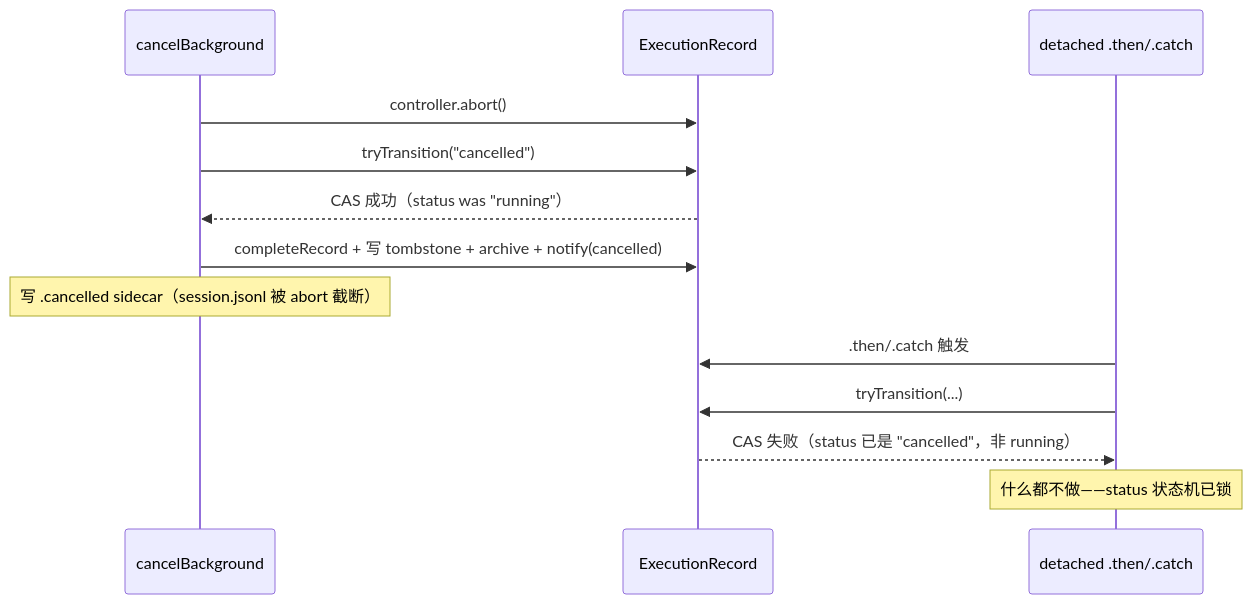
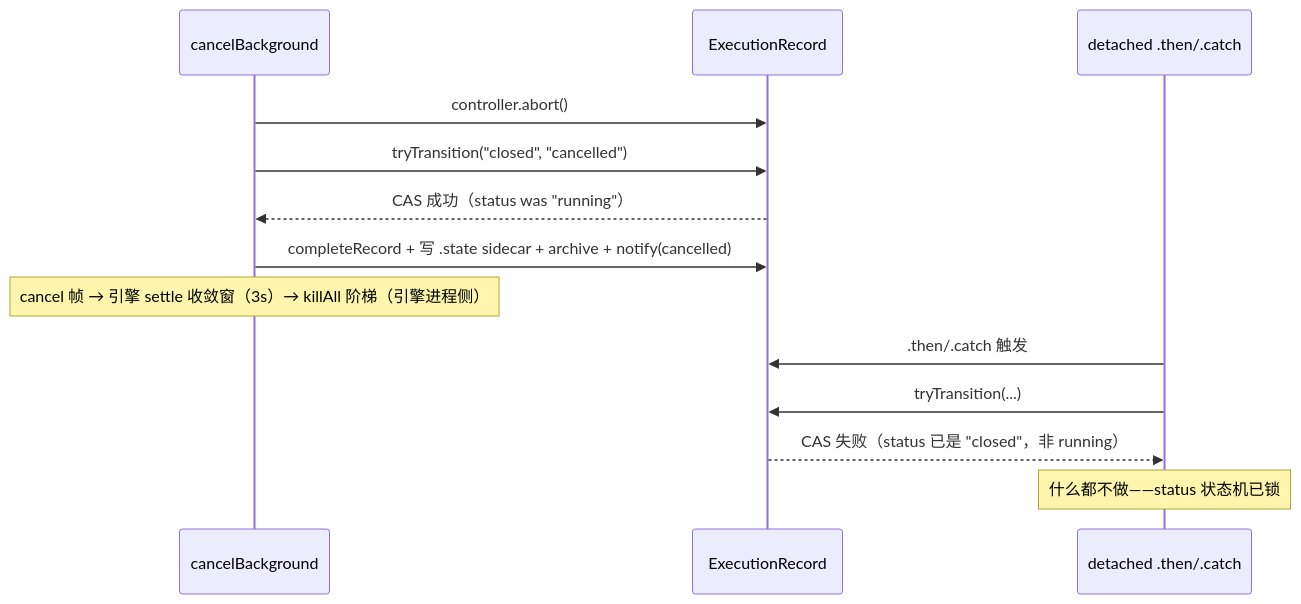
Before and after one commit to zhushanwen321/xyz-agent: the third of 3 diagrams in docs/extensions/subagents/execution-flow.md, drawn with Mermaid. The commit also changed other lines of this file and 18 other files, not shown here.

````diff
--- a/docs/extensions/subagents/execution-flow.md
+++ b/docs/extensions/subagents/execution-flow.md
@@ -112,17 +110,17 @@
 ```mermaid
 sequenceDiagram
     participant Cancel as cancelBackground
     participant Record as ExecutionRecord
     participant Then as detached .then/.catch
 
     Cancel->>Record: controller.abort()
-    Cancel->>Record: tryTransition("cancelled")
+    Cancel->>Record: tryTransition("closed", "cancelled")
     Record-->>Cancel: CAS 成功（status was "running"）
-    Cancel->>Record: completeRecord + 写 tombstone + archive + notify(cancelled)
-    Note over Cancel: 写 .cancelled sidecar（session.jsonl 被 abort 截断）
+    Cancel->>Record: completeRecord + 写 .state sidecar + archive + notify(cancelled)
+    Note over Cancel: cancel 帧 → 引擎 settle 收敛窗（3s）→ killAll 阶梯（引擎进程侧）
 
     Then->>Record: .then/.catch 触发
     Then->>Record: tryTransition(...)
-    Record-->>Then: CAS 失败（status 已是 "cancelled"，非 running）
+    Record-->>Then: CAS 失败（status 已是 "closed"，非 running）
     Note over Then: 什么都不做——status 状态机已锁
 ```
````
